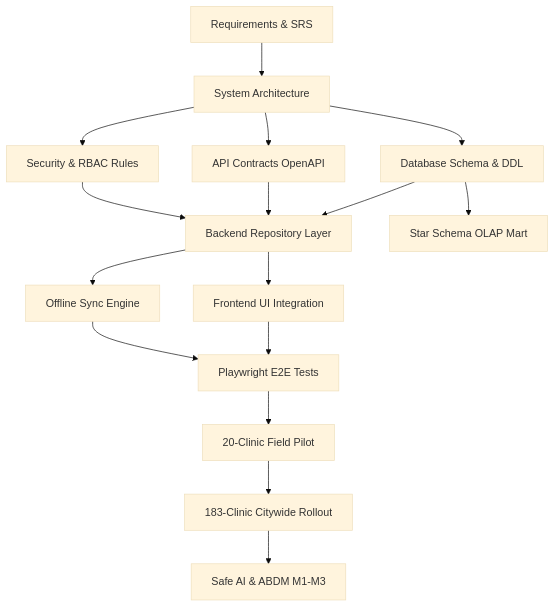
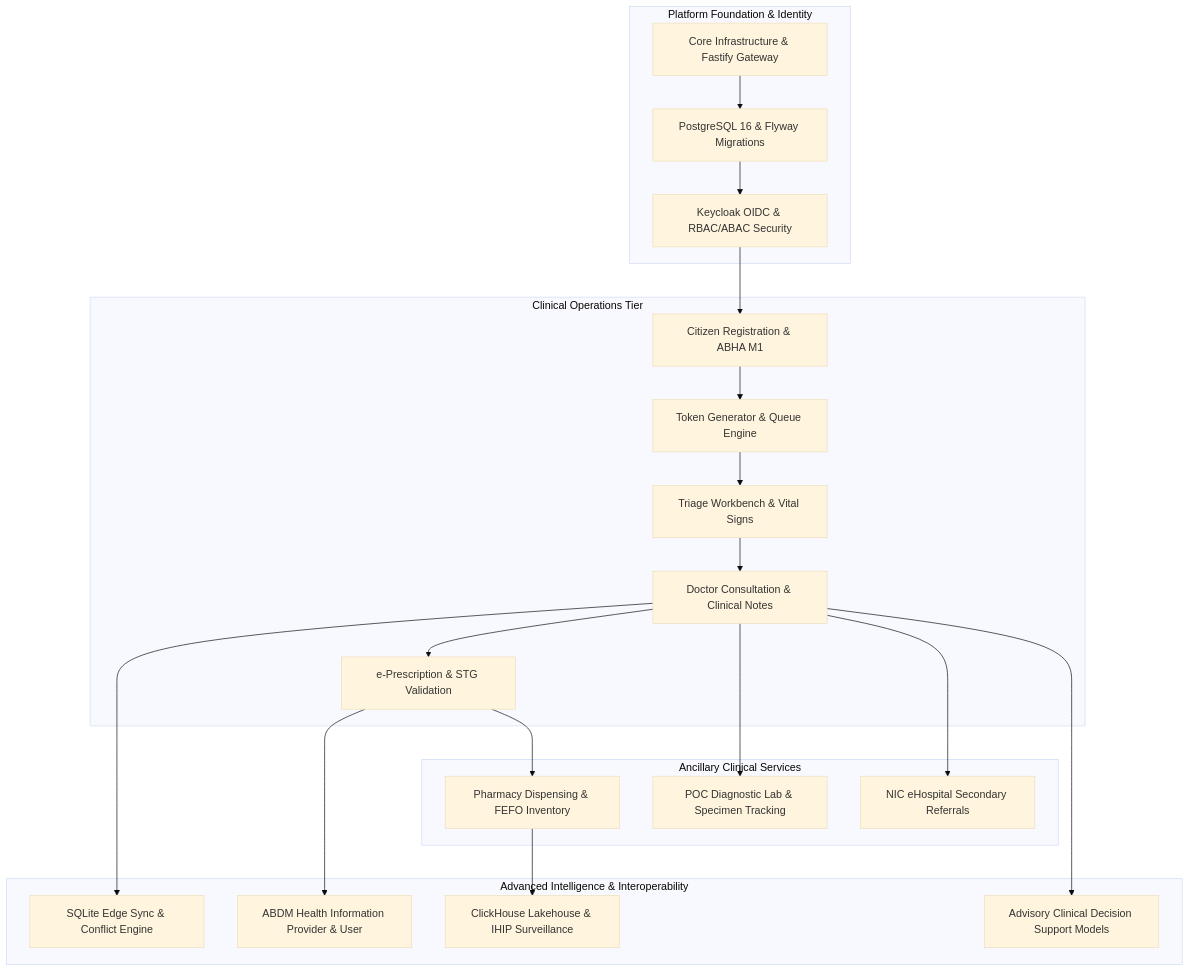
One commit to saimaa0910/mvp changed the diagram in docs/17-planning/01-master-dependency-map.md. Above: the diagram before and after it, drawn with Mermaid (base theme). The commit also changed other lines of this file and 47 other files, not shown here.

````diff
--- a/docs/17-planning/01-master-dependency-map.md
+++ b/docs/17-planning/01-master-dependency-map.md
@@ -9,18 +19,44 @@
 ```mermaid
 graph TD
-    R0[Requirements & SRS] --> A0[System Architecture]
-    A0 --> D0[Database Schema & DDL]
-    A0 --> API0[API Contracts OpenAPI]
-    A0 --> SEC0[Security & RBAC Rules]
-    D0 --> BE0[Backend Repository Layer]
-    API0 --> BE0
-    SEC0 --> BE0
-    BE0 --> FE0[Frontend UI Integration]
-    D0 --> DW0[Star Schema OLAP Mart]
-    BE0 --> SYNC0[Offline Sync Engine]
-    FE0 --> QA0[Playwright E2E Tests]
-    SYNC0 --> QA0
-    QA0 --> PILOT0[20-Clinic Field Pilot]
-    PILOT0 --> SCALE0[183-Clinic Citywide Rollout]
-    SCALE0 --> AI0[Safe AI & ABDM M1-M3]
+    subgraph Foundation_Tier [Platform Foundation & Identity]
+        CoreInfra[Core Infrastructure & Fastify Gateway]
+        Postgres[PostgreSQL 16 & Flyway Migrations]
+        Keycloak[Keycloak OIDC & RBAC/ABAC Security]
+    end
+
+    subgraph Clinical_Core_Tier [Clinical Operations Tier]
+        Registration[Citizen Registration & ABHA M1]
+        QueueEng[Token Generator & Queue Engine]
+        TriageNurse[Triage Workbench & Vital Signs]
+        ConsultDoc[Doctor Consultation & Clinical Notes]
+        Prescription[e-Prescription & STG Validation]
+    end
+
+    subgraph Ancillary_Tier [Ancillary Clinical Services]
+        Pharmacy[Pharmacy Dispensing & FEFO Inventory]
+        Laboratory[POC Diagnostic Lab & Specimen Tracking]
+        Referrals[NIC eHospital Secondary Referrals]
+    end
+
+    subgraph Advanced_Tier [Advanced Intelligence & Interoperability]
+        OfflineSync[SQLite Edge Sync & Conflict Engine]
+        ABDM_M2_M3[ABDM Health Information Provider & User]
+        Lakehouse[ClickHouse Lakehouse & IHIP Surveillance]
+        AIML[Advisory Clinical Decision Support Models]
+    end
+
+    CoreInfra --> Postgres
+    Postgres --> Keycloak
+    Keycloak --> Registration
+    Registration --> QueueEng
+    QueueEng --> TriageNurse
+    TriageNurse --> ConsultDoc
+    ConsultDoc --> Prescription
+    Prescription --> Pharmacy
+    ConsultDoc --> Laboratory
+    ConsultDoc --> Referrals
+    ConsultDoc --> OfflineSync
+    Prescription --> ABDM_M2_M3
+    Pharmacy --> Lakehouse
+    ConsultDoc --> AIML
 ```
````
